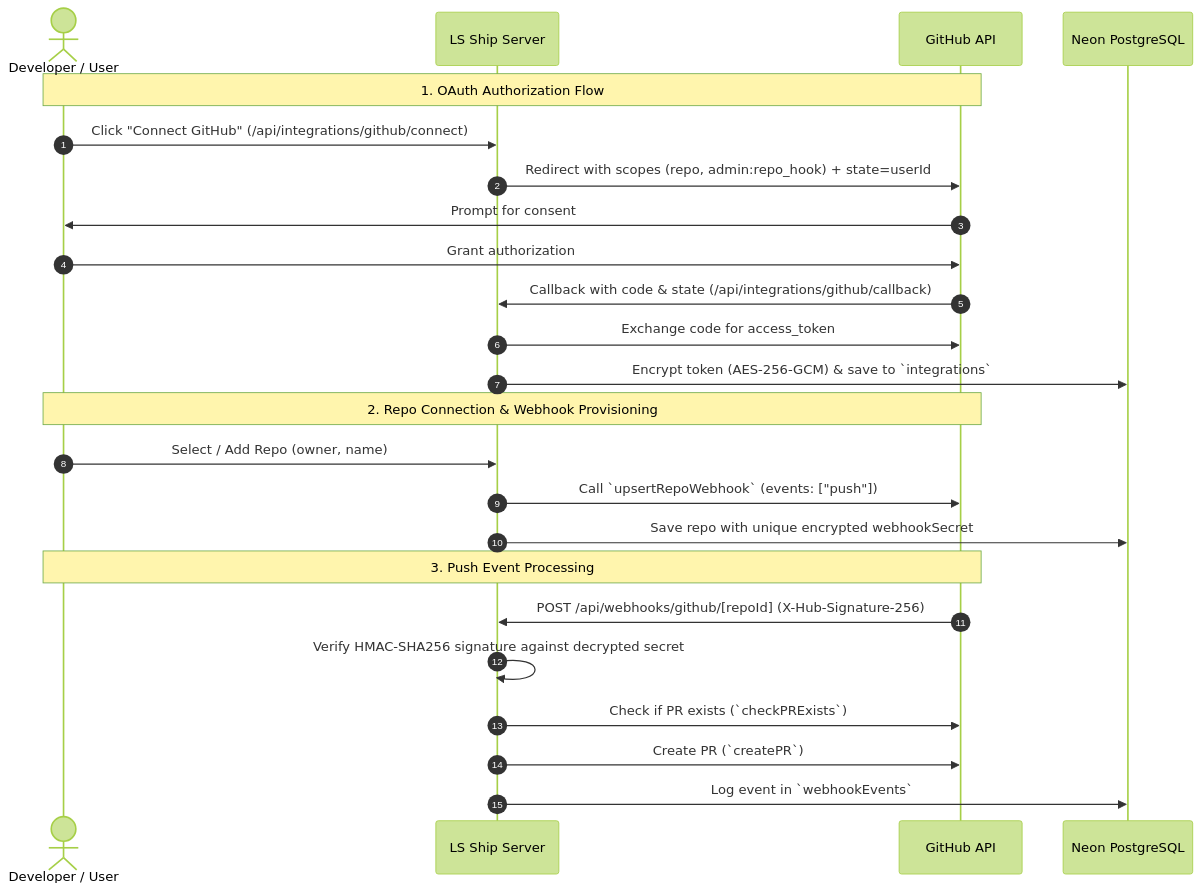
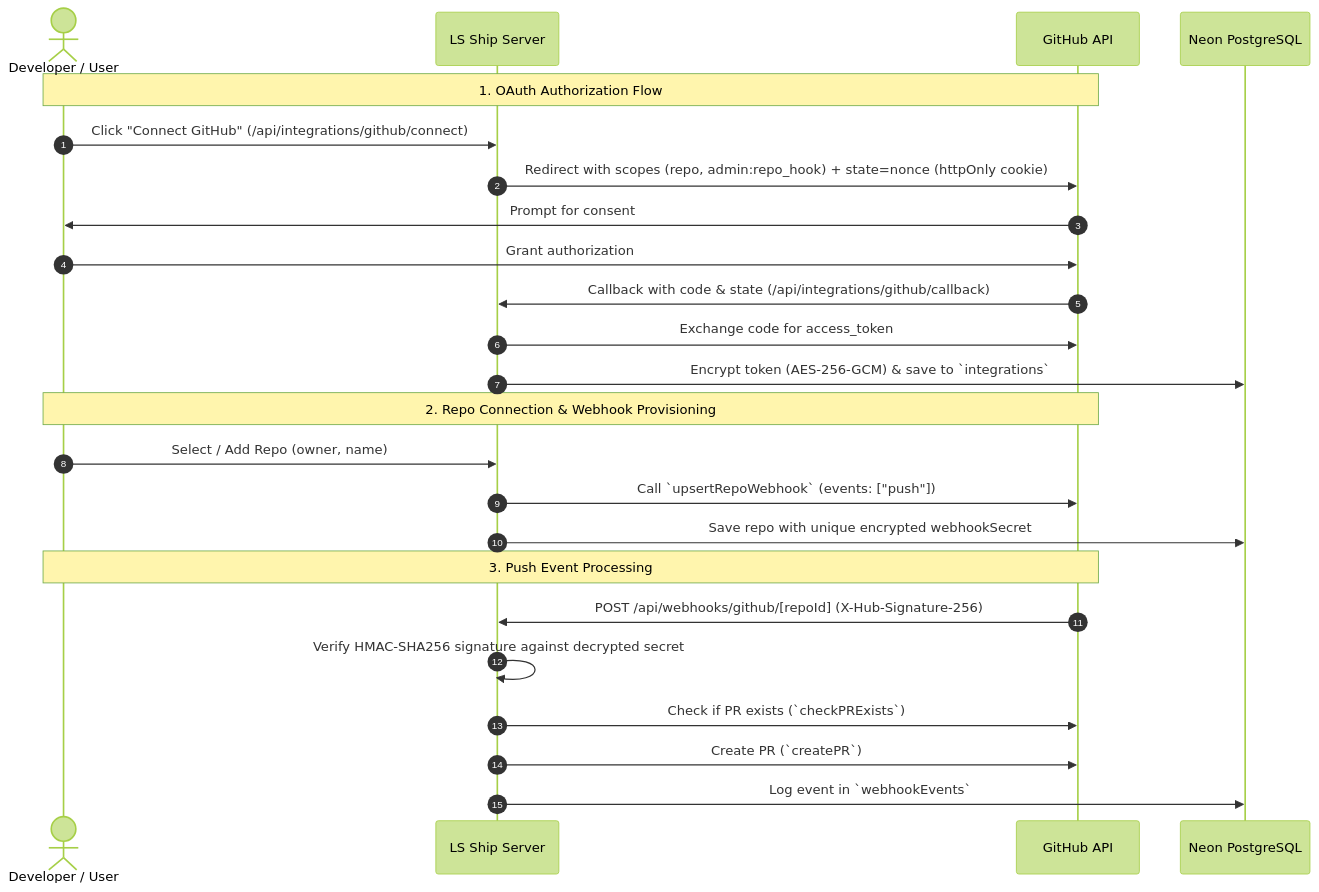
One commit to girishlade111/LS-Relay changed the diagram in ls-ship/docs/integrations/github.md. Above: the diagram before and after it, drawn with Mermaid (forest theme). The commit also changed 45 other files, not shown here.

````diff
--- a/ls-ship/docs/integrations/github.md
+++ b/ls-ship/docs/integrations/github.md
@@ -9,29 +9,29 @@
 ```mermaid
 sequenceDiagram
     autonumber
     actor Dev as Developer / User
     participant App as LS Ship Server
     participant GH as GitHub API
     participant DB as Neon PostgreSQL
 
     Note over Dev,GH: 1. OAuth Authorization Flow
     Dev->>App: Click "Connect GitHub" (/api/integrations/github/connect)
-    App->>GH: Redirect with scopes (repo, admin:repo_hook) + state=userId
+    App->>GH: Redirect with scopes (repo, admin:repo_hook) + state=nonce (httpOnly cookie)
     GH->>Dev: Prompt for consent
     Dev->>GH: Grant authorization
     GH->>App: Callback with code & state (/api/integrations/github/callback)
     App->>GH: Exchange code for access_token
     App->>DB: Encrypt token (AES-256-GCM) & save to `integrations`
 
     Note over Dev,GH: 2. Repo Connection & Webhook Provisioning
     Dev->>App: Select / Add Repo (owner, name)
     App->>GH: Call `upsertRepoWebhook` (events: ["push"])
     App->>DB: Save repo with unique encrypted webhookSecret
 
     Note over Dev,GH: 3. Push Event Processing
     GH->>App: POST /api/webhooks/github/[repoId] (X-Hub-Signature-256)
     App->>App: Verify HMAC-SHA256 signature against decrypted secret
     App->>GH: Check if PR exists (`checkPRExists`)
     App->>GH: Create PR (`createPR`)
     App->>DB: Log event in `webhookEvents`
 ```
````
